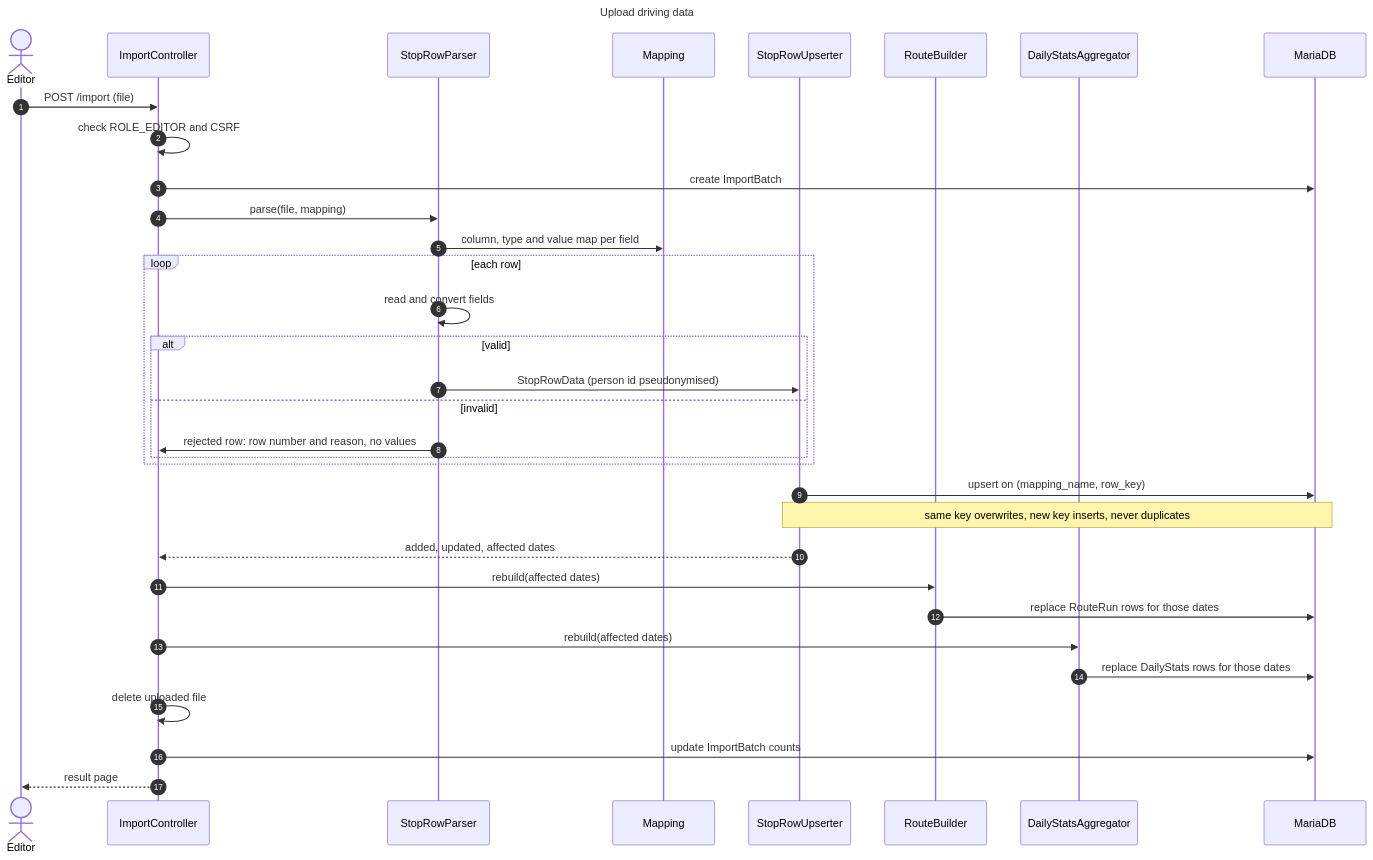
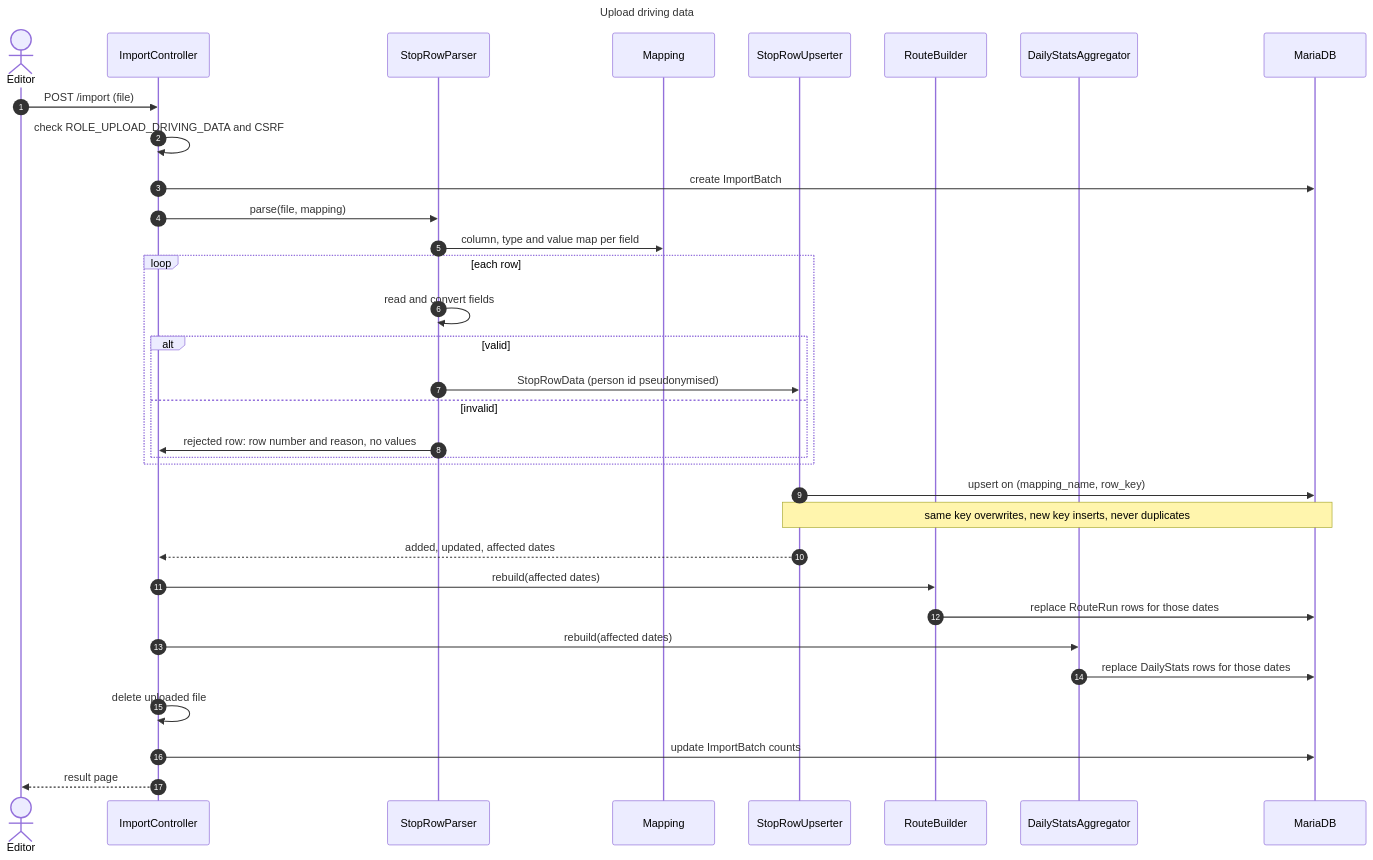
One commit to itk-dev/koerselsoverblik changed the diagram in docs/diagrams/upload-sequence.mmd. Above: the diagram before and after it, drawn with Mermaid. The commit also changed 9 other files, not shown here.

```diff
--- a/docs/diagrams/upload-sequence.mmd
+++ b/docs/diagrams/upload-sequence.mmd
@@ -1,37 +1,37 @@
 ---
 title: Upload driving data
 ---
 sequenceDiagram
     autonumber
     actor Editor
     participant C as ImportController
     participant P as StopRowParser
     participant M as Mapping
     participant U as StopRowUpserter
     participant B as RouteBuilder
     participant A as DailyStatsAggregator
     participant DB as MariaDB
 
     Editor->>C: POST /import (file)
-    C->>C: check ROLE_EDITOR and CSRF
+    C->>C: check ROLE_UPLOAD_DRIVING_DATA and CSRF
     C->>DB: create ImportBatch
     C->>P: parse(file, mapping)
     P->>M: column, type and value map per field
     loop each row
         P->>P: read and convert fields
         alt valid
             P->>U: StopRowData (person id pseudonymised)
         else invalid
             P->>C: rejected row: row number and reason, no values
         end
     end
     U->>DB: upsert on (mapping_name, row_key)
     Note over U,DB: same key overwrites, new key inserts, never duplicates
     U-->>C: added, updated, affected dates
     C->>B: rebuild(affected dates)
     B->>DB: replace RouteRun rows for those dates
     C->>A: rebuild(affected dates)
     A->>DB: replace DailyStats rows for those dates
     C->>C: delete uploaded file
     C->>DB: update ImportBatch counts
     C-->>Editor: result page
```
